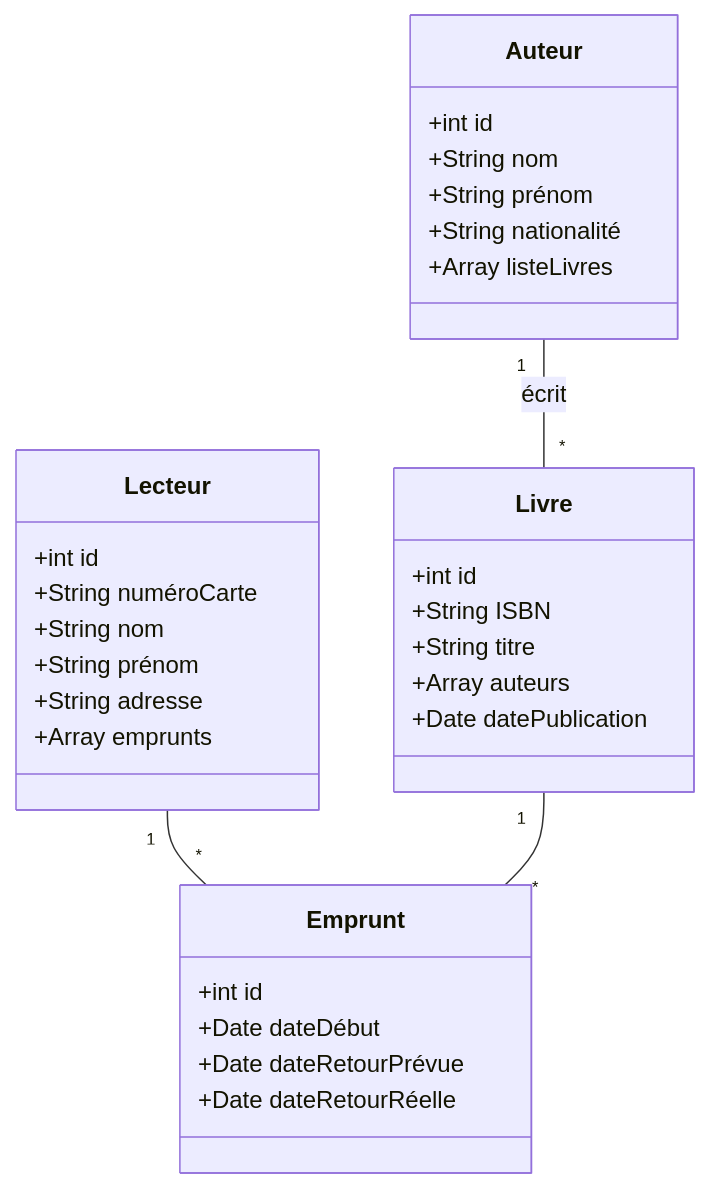
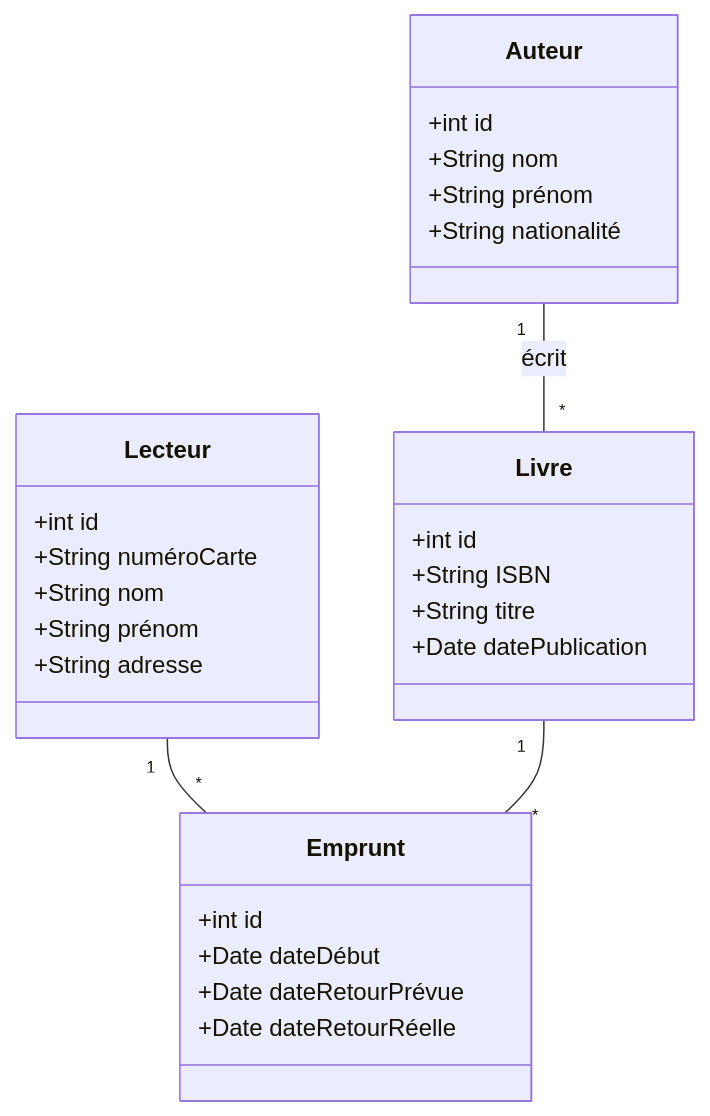
Before and after one commit to DevZakariaAz/Gestion-de-biblioth-que: the diagram in Branche_Codage/Conception.mmd, drawn with Mermaid. The commit also changed 1 other file, not shown here.

```diff
--- a/Branche_Codage/Conception.mmd
+++ b/Branche_Codage/Conception.mmd
@@ -1,39 +1,36 @@
 classDiagram
   class Livre {
     +int id
     +String ISBN
     +String titre
-    +Array auteurs
     +Date datePublication
   }
     class Emprunt {
     +int id
     +Date dateDébut
     +Date dateRetourPrévue
     +Date dateRetourRéelle
   }
 
   class Auteur {
     +int id
     +String nom
     +String prénom
     +String nationalité
-    +Array listeLivres
   }
 
   class Lecteur {
     +int id
     +String numéroCarte
     +String nom
     +String prénom
     +String adresse
-    +Array emprunts
   }
 
 
 
   %% Relations
  
   Lecteur "1" -- "*" Emprunt : 
   Livre "1" -- "*" Emprunt : 
   Auteur "1" -- "*" Livre : écrit 
```
